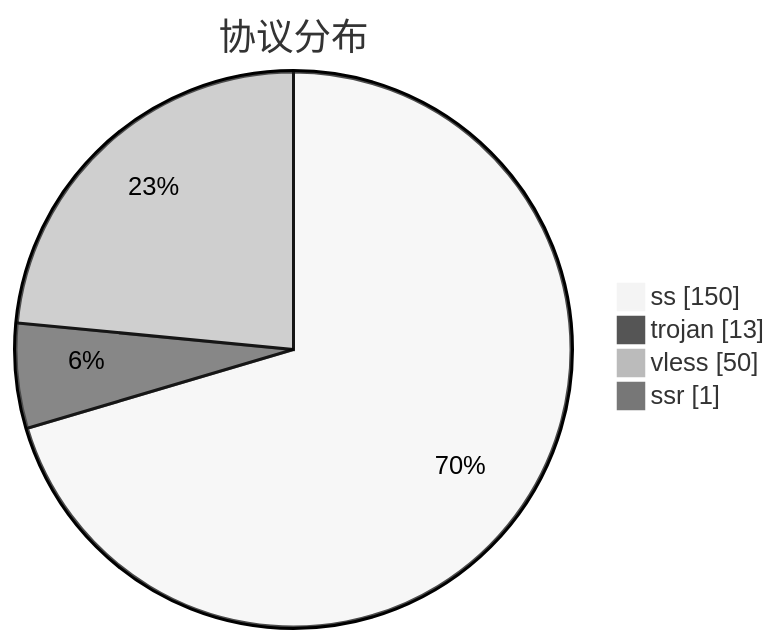
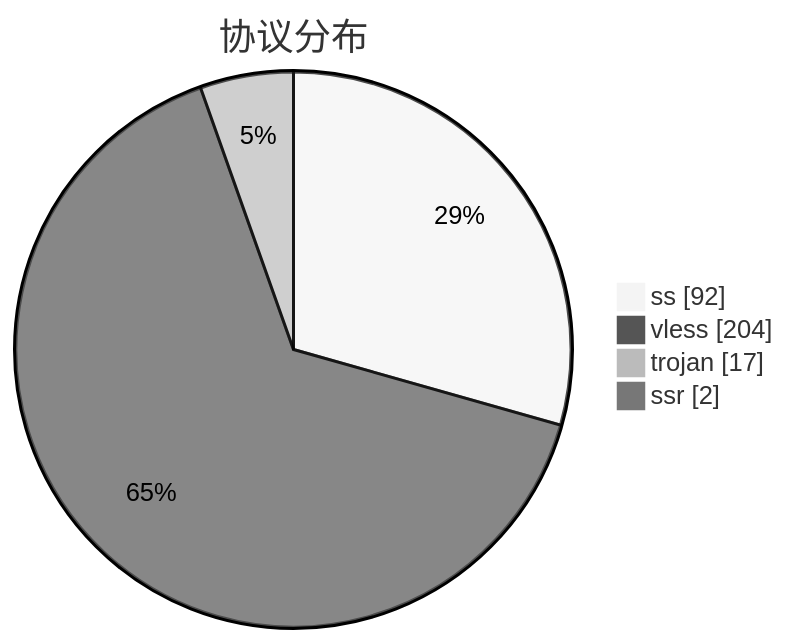
One commit to qjlxg/airport changed the third of 3 diagrams in subs/statistics/tested_within.md. Above: the diagram before and after it, drawn with Mermaid (neutral theme). The commit also changed other lines of this file and 2 other files, not shown here.

````diff
--- a/subs/statistics/tested_within.md
+++ b/subs/statistics/tested_within.md
@@ -17,8 +20,8 @@
 ```mermaid
 pie showData
 title 协议分布
-"ss" : 150
-"trojan" : 13
-"vless" : 50
-"ssr" : 1
+"ss" : 92
+"vless" : 204
+"trojan" : 17
+"ssr" : 2
 ```
````
